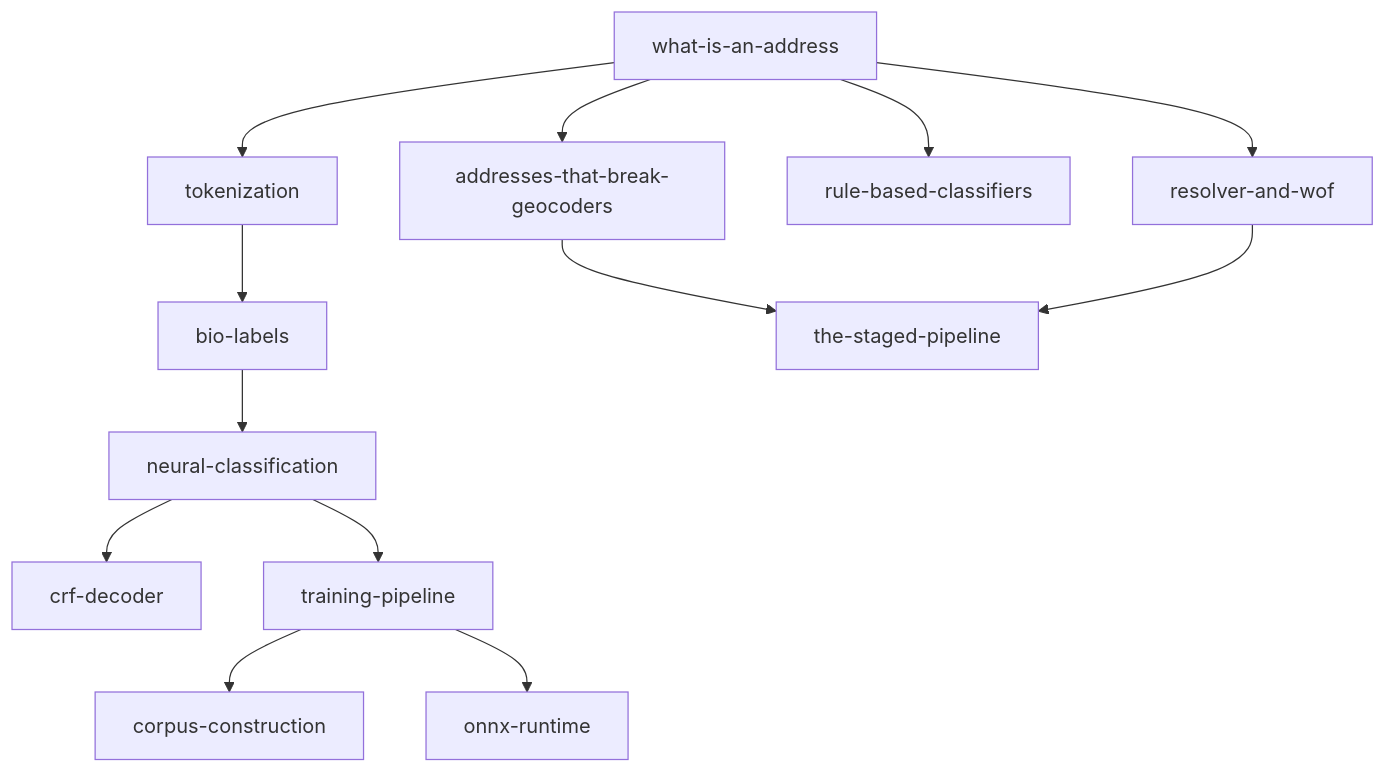
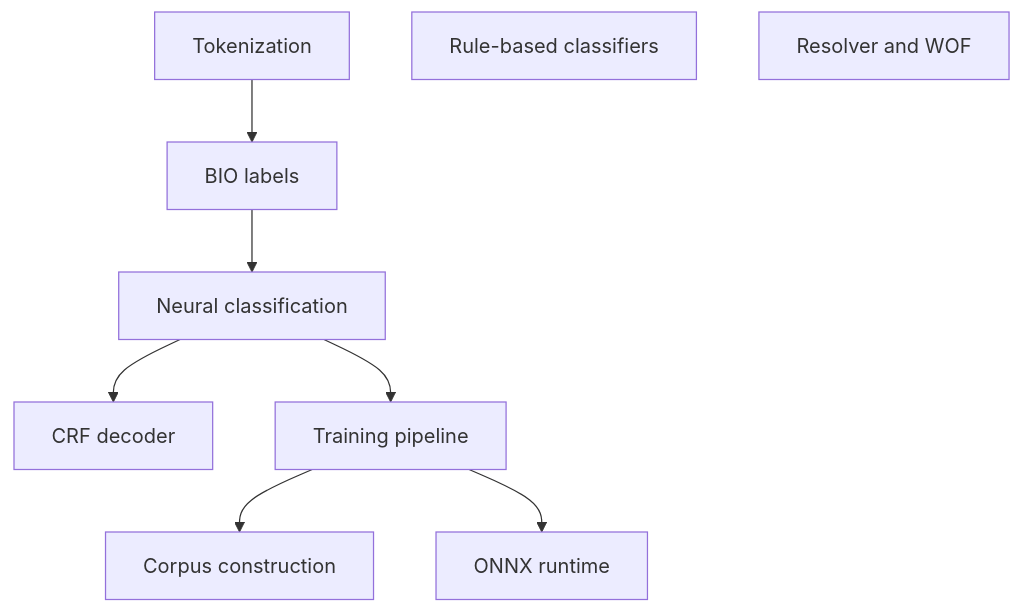
One commit to sister-software/mailwoman changed the diagram in docs/articles/concepts/README.md. Above: the diagram before and after it, drawn with Mermaid. The commit also changed other lines of this file and 30 other files, not shown here.

````diff
--- a/docs/articles/concepts/README.md
+++ b/docs/articles/concepts/README.md
@@ -31,16 +43,18 @@
 ```mermaid
 flowchart TD
-    A[what-is-an-address]
-    A --> K[addresses-that-break-geocoders]
-    A --> B[tokenization]
-    A --> C[rule-based-classifiers]
-    B --> D[bio-labels]
-    D --> E[neural-classification]
-    E --> F[crf-decoder]
-    E --> G[training-pipeline]
-    G --> H[corpus-construction]
-    G --> I[onnx-runtime]
-    A --> J[resolver-and-wof]
-    K --> L[the-staged-pipeline]
-    J --> L
+    A[Tokenization]
+    B[Rule-based classifiers]
+    C[BIO labels]
+    D[Neural classification]
+    E[CRF decoder]
+    F[Training pipeline]
+    G[Corpus construction]
+    H[ONNX runtime]
+    I[Resolver and WOF]
+    A --> C
+    C --> D
+    D --> E
+    D --> F
+    F --> G
+    F --> H
 ```
````
